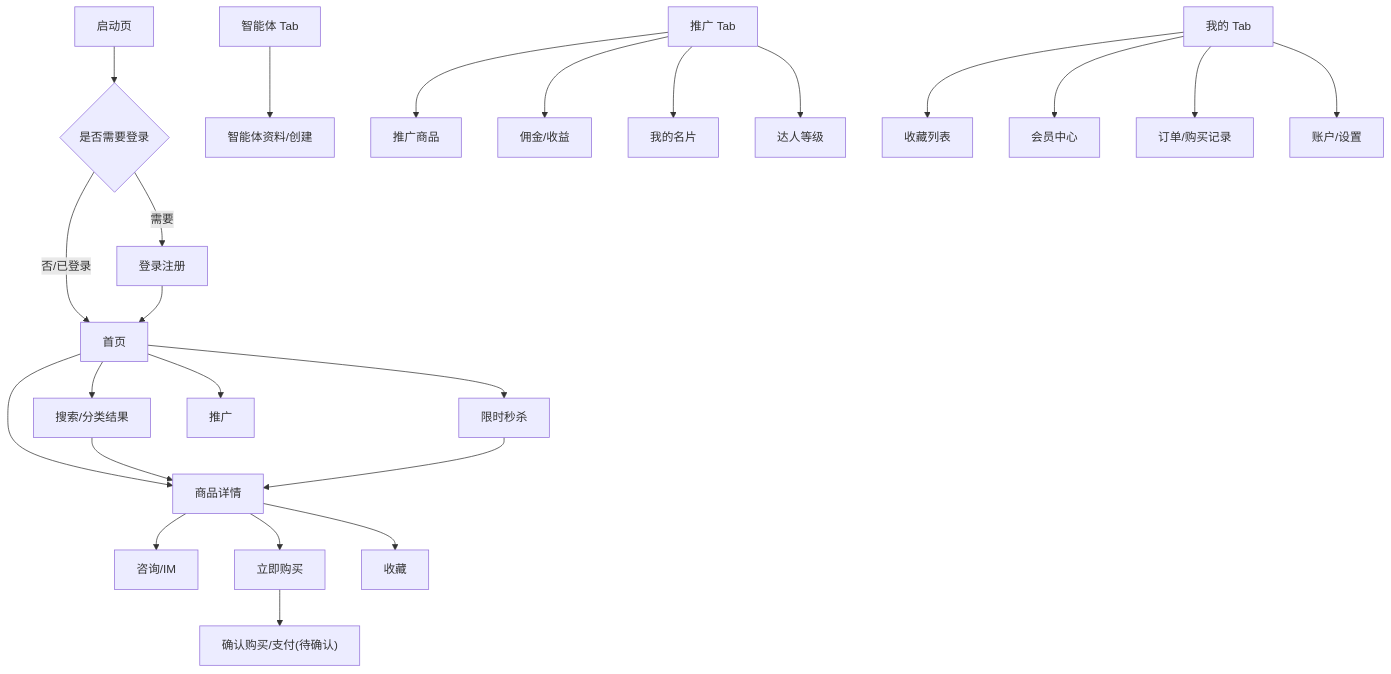
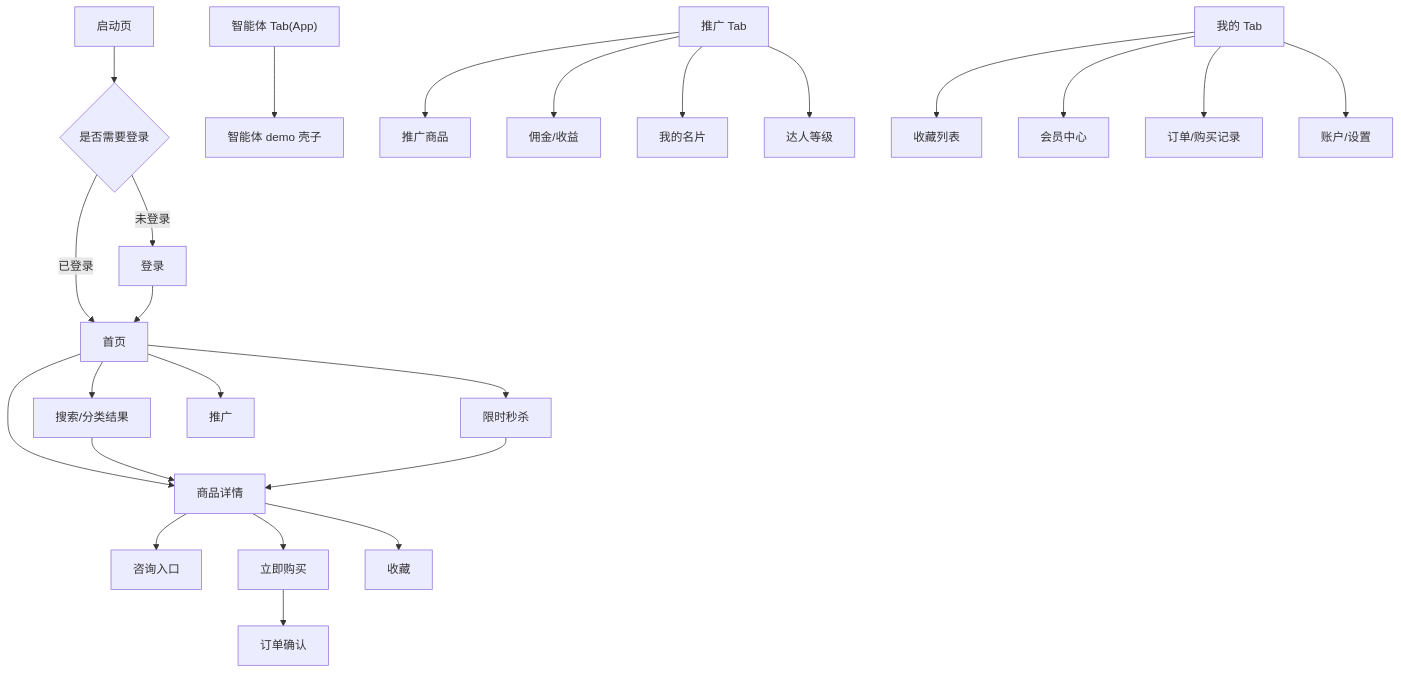
Before and after one commit to Tycalwayslove/meu-mall-root: the diagram in .ai-workspace/product/page-inventory.md, drawn with Mermaid. The commit also changed other lines of this file and 10 other files, not shown here.

````diff
--- a/.ai-workspace/product/page-inventory.md
+++ b/.ai-workspace/product/page-inventory.md
@@ -96,30 +105,30 @@
 ```mermaid
 flowchart TD
   Splash["启动页"] --> Login{"是否需要登录"}
-  Login -->|否/已登录| Home["首页"]
-  Login -->|需要| Auth["登录注册"]
+  Login -->|已登录| Home["首页"]
+  Login -->|未登录| Auth["登录"]
   Auth --> Home
 
   Home --> Search["搜索/分类结果"]
   Home --> Seckill["限时秒杀"]
   Home --> Promotion["推广"]
   Home --> Product["商品详情"]
   Search --> Product
   Seckill --> Product
 
-  Product --> Consult["咨询/IM"]
+  Product --> Consult["咨询入口"]
   Product --> Buy["立即购买"]
   Product --> Favorite["收藏"]
-  Buy --> Confirm["确认购买/支付(待确认)"]
+  Buy --> Confirm["订单确认"]
 
-  TabAi["智能体 Tab"] --> AgentProfile["智能体资料/创建"]
+  TabAi["智能体 Tab(App)"] --> AgentDemo["智能体 demo 壳子"]
   TabPromotion["推广 Tab"] --> PromotionProducts["推广商品"]
   TabPromotion --> Commission["佣金/收益"]
   TabPromotion --> Card["我的名片"]
   TabPromotion --> Level["达人等级"]
 
   Mine["我的 Tab"] --> FavoriteList["收藏列表"]
   Mine --> Member["会员中心"]
   Mine --> Orders["订单/购买记录"]
   Mine --> Settings["账户/设置"]
 ```
````
